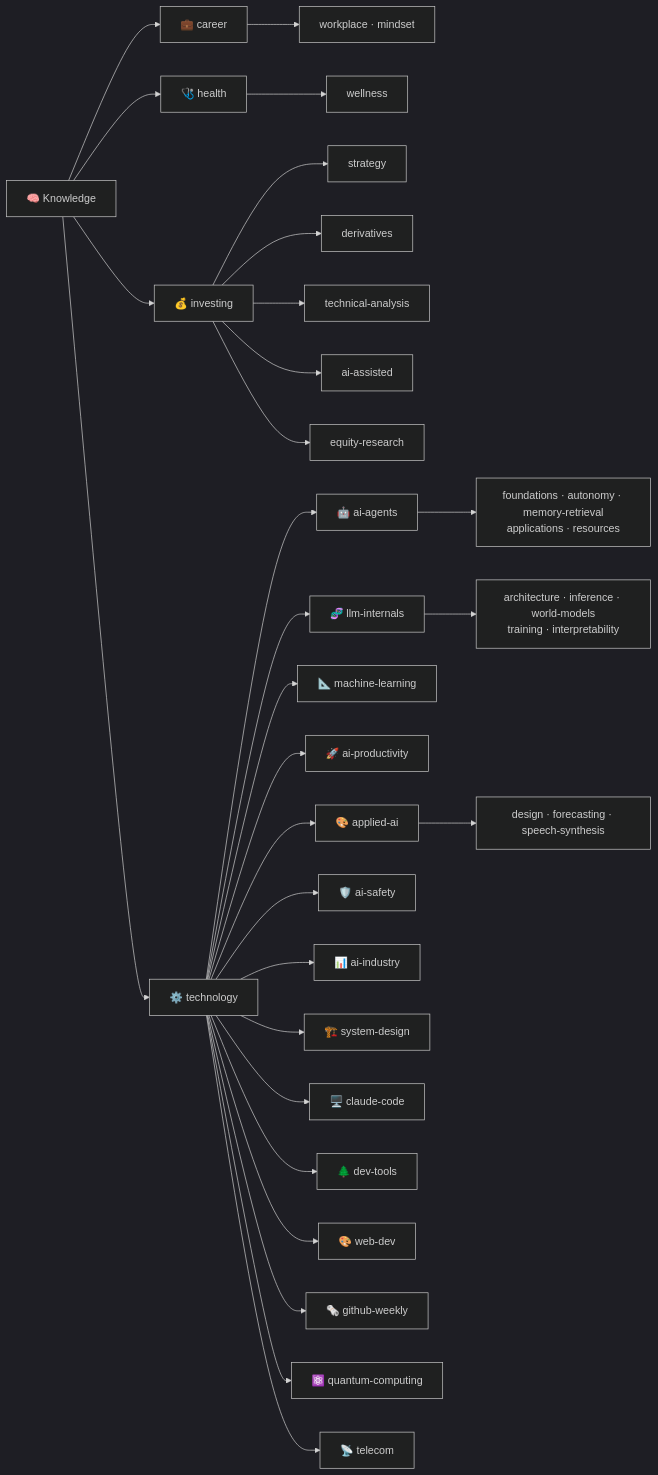
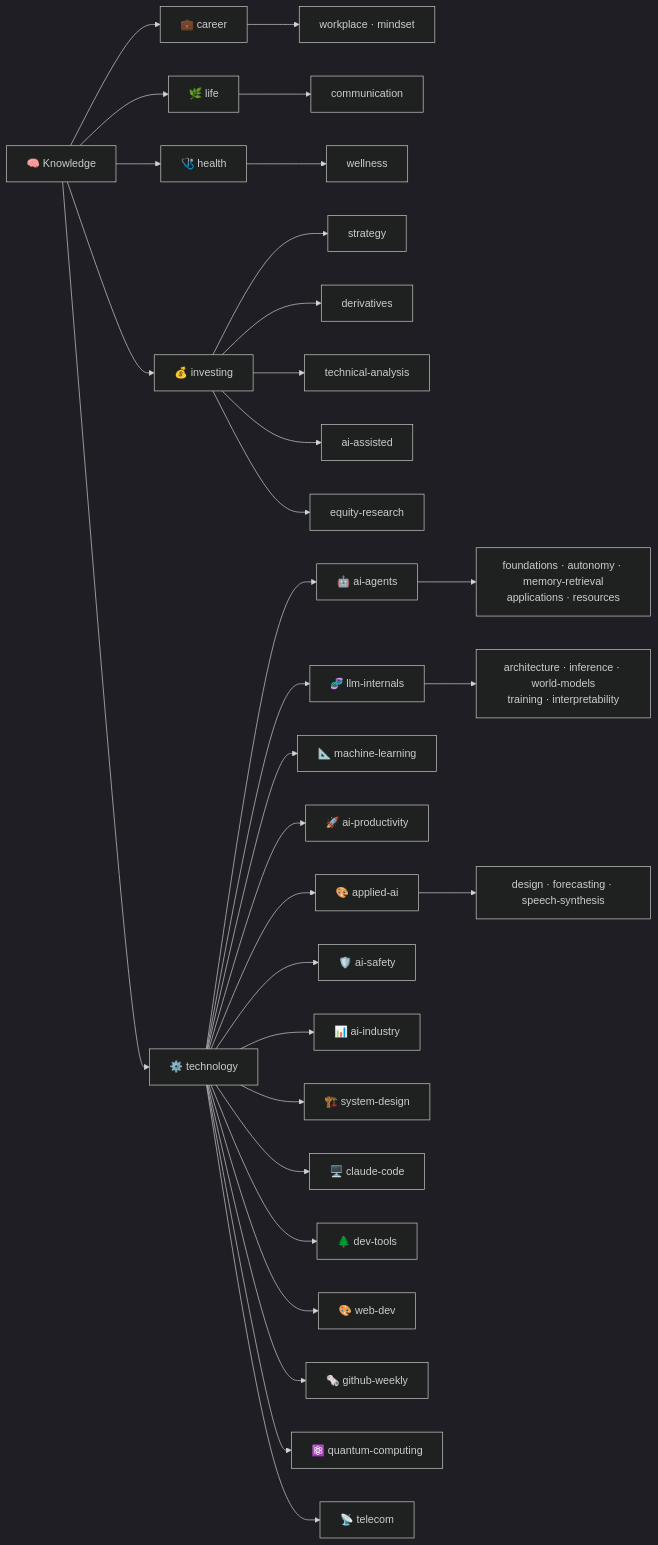
The diagram in README.md (shooter2062424/Knowledge), drawn with Mermaid (dark theme) before and after one commit. The commit also changed other lines of this file and 2 other files, not shown here.

Commit message:
[feat] 新增「聊天有趣的四個特質」筆記(Ellen 李,Whisper 轉錄),並新增 life/communication 大類

````diff
--- a/README.md
+++ b/README.md
@@ -27,31 +27,33 @@
 ```mermaid
 flowchart LR
     K["🧠 Knowledge"] --> I["💰 investing"]
     K --> T["⚙️ technology"]
     K --> C["💼 career"]
     C --> C1["workplace · mindset"]
+    K --> L["🌿 life"]
+    L --> L1["communication"]
     K --> H["🩺 health"]
     H --> H1["wellness"]
     I --> I1["strategy"]
     I --> I2["derivatives"]
     I --> I3["technical-analysis"]
     I --> I4["ai-assisted"]
     I --> I5["equity-research"]
     T --> T1["🤖 ai-agents"]
     T --> T2["🧬 llm-internals"]
     T --> T14["📐 machine-learning"]
     T --> T3["🚀 ai-productivity"]
     T --> T4["🎨 applied-ai"]
     T --> T7["🛡️ ai-safety"]
     T --> T9["📊 ai-industry"]
     T --> T10["🏗️ system-design"]
     T --> T8["🖥️ claude-code"]
     T --> T11["🌲 dev-tools"]
     T --> T13["🎨 web-dev"]
     T --> T12["🗞️ github-weekly"]
     T --> T6["⚛️ quantum-computing"]
     T --> T5["📡 telecom"]
     T1 --> T1a["foundations · autonomy · memory-retrieval<br/>applications · resources"]
     T2 --> T2a["architecture · inference · world-models<br/>training · interpretability"]
     T4 --> T4a["design · forecasting · speech-synthesis"]
 ```
````
